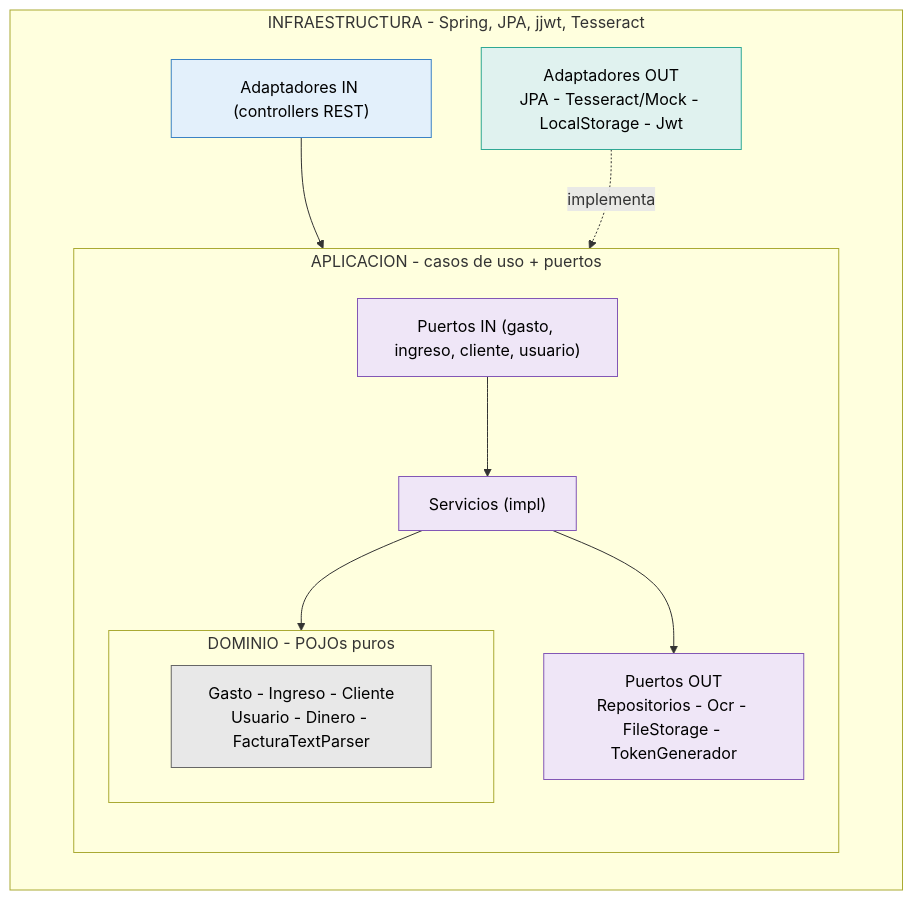
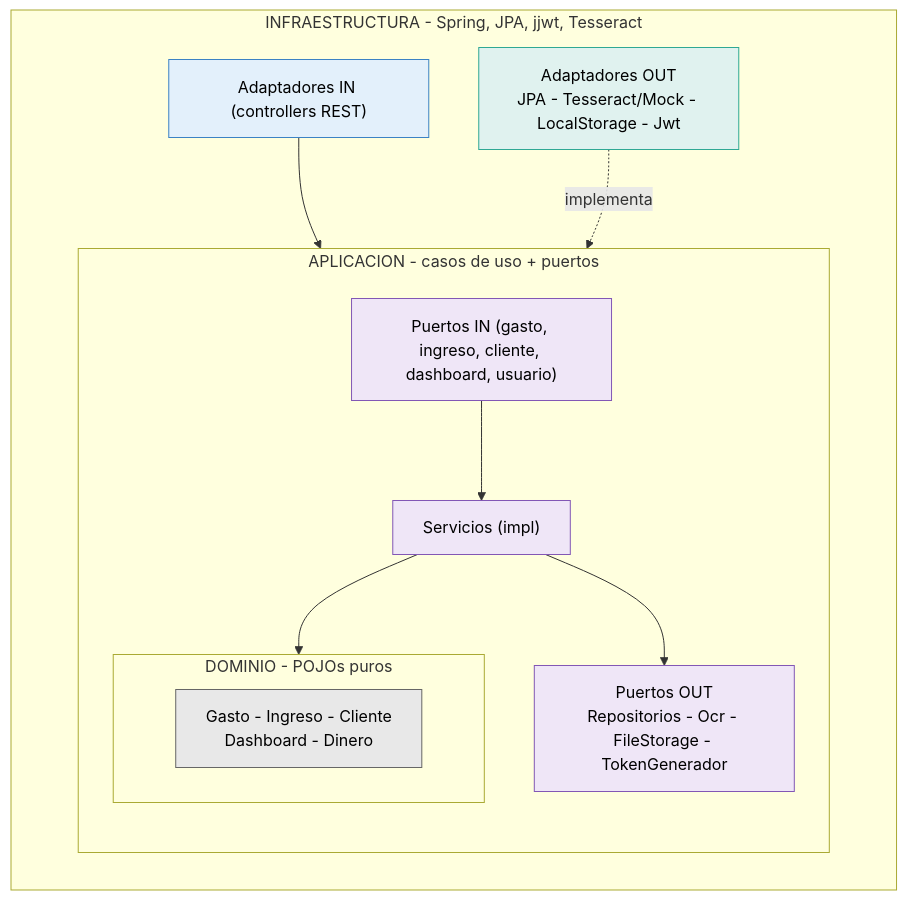
The diagram in README.md (hagi33/GestionFacturas-api), drawn with Mermaid before and after one commit. The commit also changed other lines of this file, not shown here.

````diff
--- a/README.md
+++ b/README.md
@@ -59,32 +59,32 @@
 ```mermaid
 flowchart TB
     subgraph INFRA["INFRAESTRUCTURA - Spring, JPA, jjwt, Tesseract"]
         direction TB
         subgraph APP["APLICACION - casos de uso + puertos"]
             direction TB
             subgraph DOM["DOMINIO - POJOs puros"]
-                D1["Gasto - Ingreso - Cliente<br/>Usuario - Dinero - FacturaTextParser"]
+                D1["Gasto - Ingreso - Cliente<br/>Dashboard - Dinero"]
             end
-            PIN["Puertos IN (gasto, ingreso, cliente, usuario)"]
+            PIN["Puertos IN (gasto, ingreso, cliente, dashboard, usuario)"]
             SVC["Servicios (impl)"]
             POUT["Puertos OUT<br/>Repositorios - Ocr - FileStorage - TokenGenerador"]
         end
         AIN["Adaptadores IN (controllers REST)"]
         AOUT["Adaptadores OUT<br/>JPA - Tesseract/Mock - LocalStorage - Jwt"]
     end
 
     AIN --> PIN
     PIN --> SVC
     SVC --> DOM
     SVC --> POUT
     AOUT -.implementa.-> POUT
 
     classDef dom fill:#e8e8e8,stroke:#666,color:#000
     classDef app fill:#efe6f7,stroke:#8257b5,color:#000
     classDef adin fill:#e3f0fb,stroke:#3b82c4,color:#000
     classDef adout fill:#e0f2ef,stroke:#2fa894,color:#000
     class D1 dom
     class PIN,SVC,POUT app
     class AIN adin
     class AOUT adout
 ```
````
